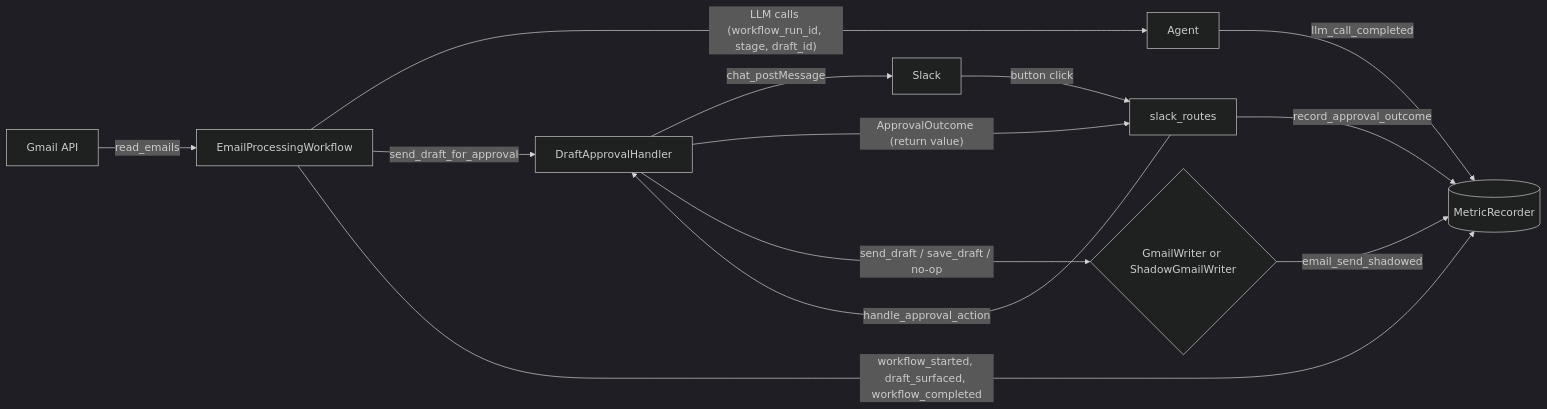
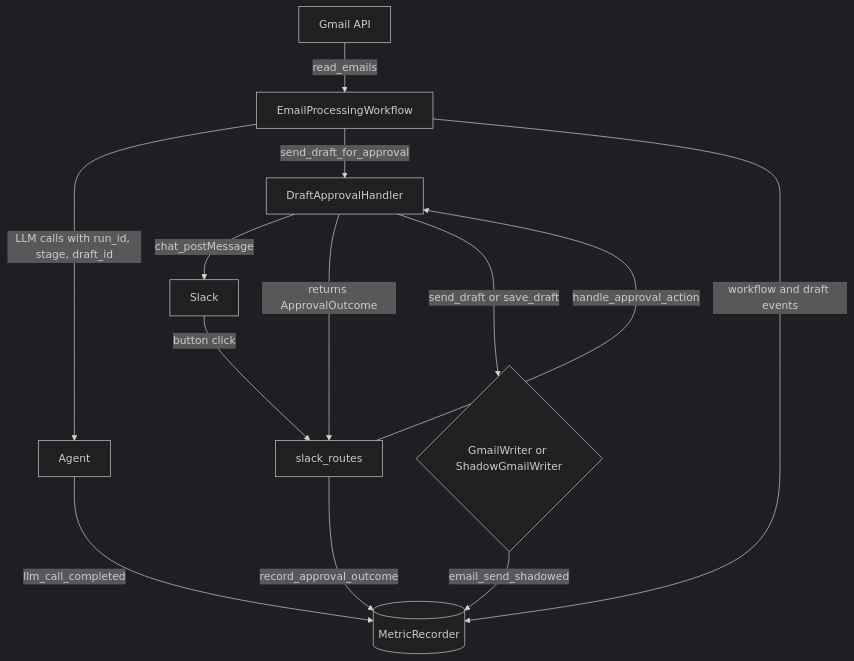
The diagram in docs/decisions/evaluation/002-shadow_mode.md (ksharma6/Inbox0), drawn with Mermaid (dark theme) before and after one commit. The commit also changed other lines of this file and 2 other files, not shown here.

````diff
--- a/docs/decisions/evaluation/002-shadow_mode.md
+++ b/docs/decisions/evaluation/002-shadow_mode.md
@@ -58,15 +60,15 @@
 ```mermaid
-flowchart LR
+flowchart TB
     Gmail[Gmail API] -->|read_emails| WF[EmailProcessingWorkflow]
-    WF -->|"LLM calls (workflow_run_id, stage, draft_id)"| Agent
+    WF -->|LLM calls with run_id, stage, draft_id| Agent
     WF -->|send_draft_for_approval| DAH[DraftApprovalHandler]
     DAH -->|chat_postMessage| Slack
     Slack -->|button click| Routes[slack_routes]
     Routes -->|handle_approval_action| DAH
-    DAH -->|"ApprovalOutcome (return value)"| Routes
-    DAH -->|"send_draft / save_draft / no-op"| Writer{GmailWriter or ShadowGmailWriter}
+    DAH -->|returns ApprovalOutcome| Routes
+    DAH -->|send_draft or save_draft| Writer{GmailWriter or ShadowGmailWriter}
     Routes -->|record_approval_outcome| Recorder[(MetricRecorder)]
-    WF -->|"workflow_started, draft_surfaced, workflow_completed"| Recorder
+    WF -->|workflow and draft events| Recorder
     Agent -->|llm_call_completed| Recorder
     Writer -->|email_send_shadowed| Recorder
 ```
````
